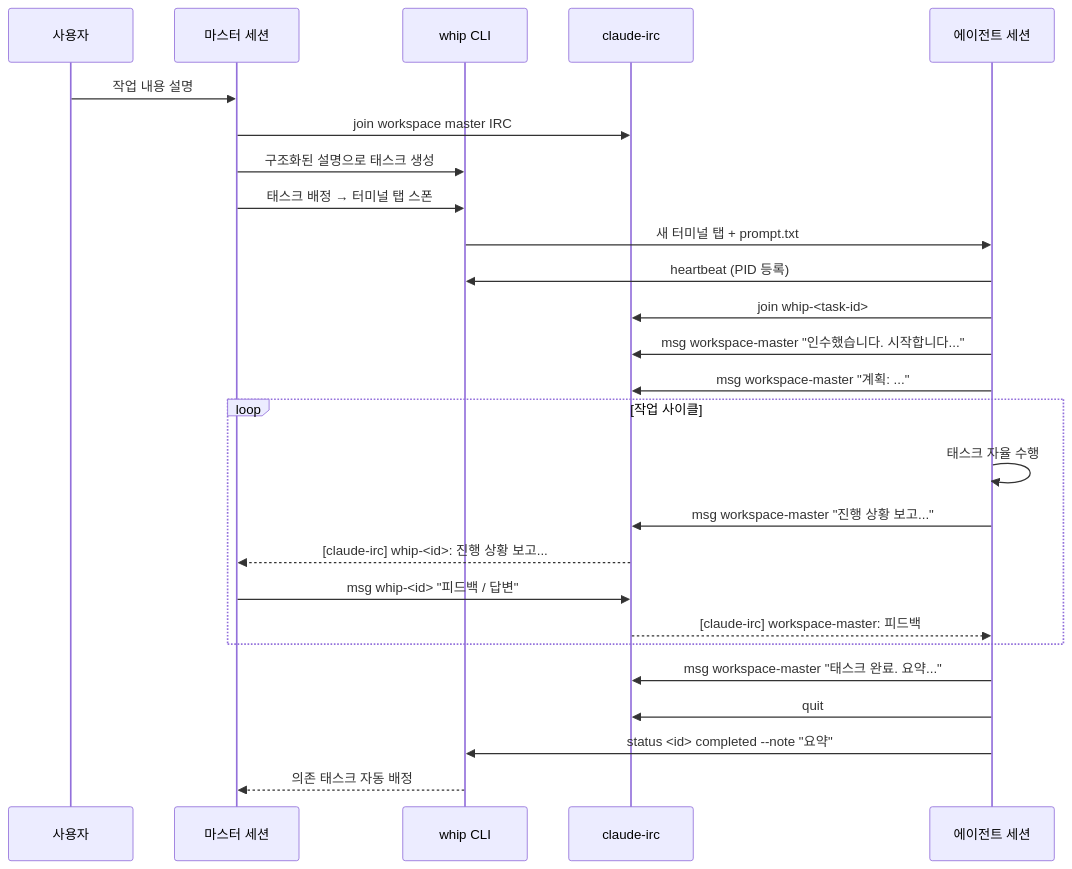
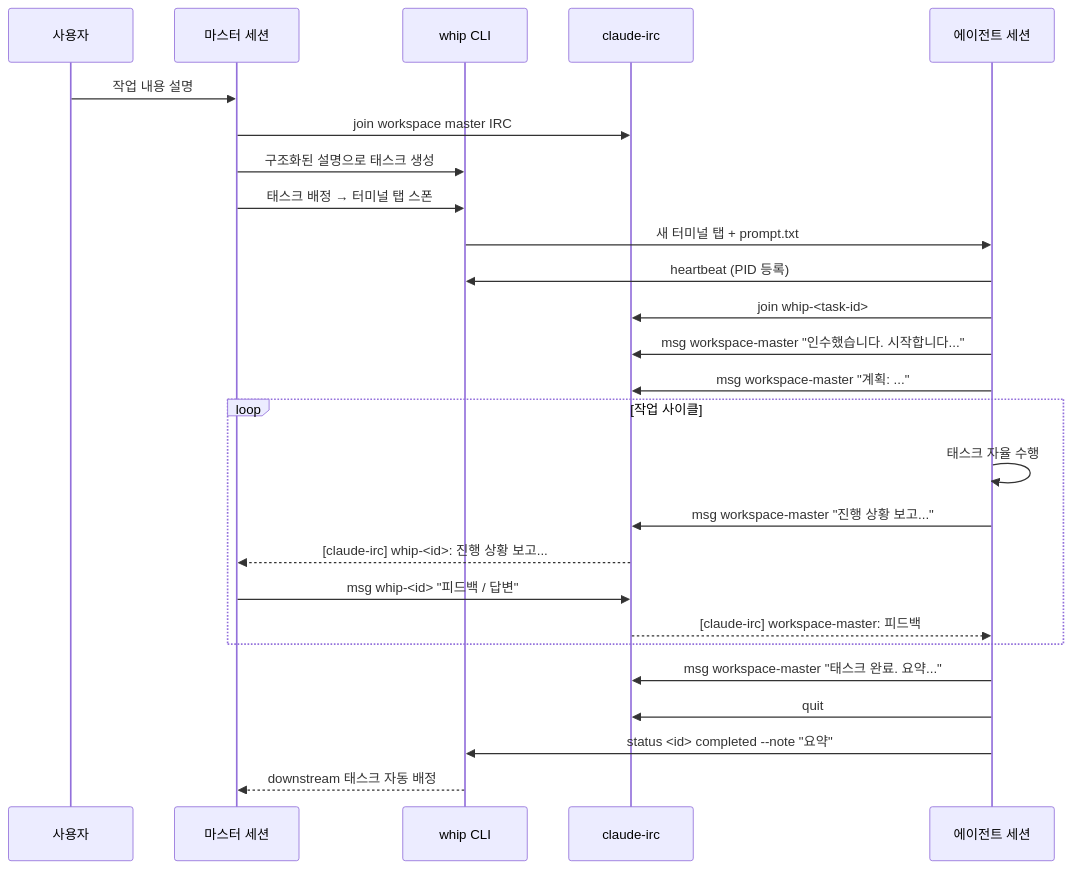
Before and after one commit to DongGukMon/ai-tools: the first of 3 diagrams in whip/docs/workflow-ko.md, drawn with Mermaid. The commit also changed other lines of this file and 14 other files, not shown here.

````diff
--- a/whip/docs/workflow-ko.md
+++ b/whip/docs/workflow-ko.md
@@ -14,32 +14,32 @@
 ```mermaid
 sequenceDiagram
     participant User as 사용자
     participant Master as 마스터 세션
     participant Whip as whip CLI
     participant IRC as claude-irc
     participant Agent as 에이전트 세션
 
     User->>Master: 작업 내용 설명
     Master->>IRC: join workspace master IRC
     Master->>Whip: 구조화된 설명으로 태스크 생성
     Master->>Whip: 태스크 배정 → 터미널 탭 스폰
     Whip->>Agent: 새 터미널 탭 + prompt.txt
 
     Agent->>Whip: heartbeat (PID 등록)
     Agent->>IRC: join whip-<task-id>
     Agent->>IRC: msg workspace-master "인수했습니다. 시작합니다..."
     Agent->>IRC: msg workspace-master "계획: ..."
 
     loop 작업 사이클
         Agent->>Agent: 태스크 자율 수행
         Agent->>IRC: msg workspace-master "진행 상황 보고..."
         IRC-->>Master: [claude-irc] whip-<id>: 진행 상황 보고...
         Master->>IRC: msg whip-<id> "피드백 / 답변"
         IRC-->>Agent: [claude-irc] workspace-master: 피드백
     end
 
     Agent->>IRC: msg workspace-master "태스크 완료. 요약..."
     Agent->>IRC: quit
     Agent->>Whip: status <id> completed --note "요약"
-    Whip-->>Master: 의존 태스크 자동 배정
+    Whip-->>Master: downstream 태스크 자동 배정
 ```
````
